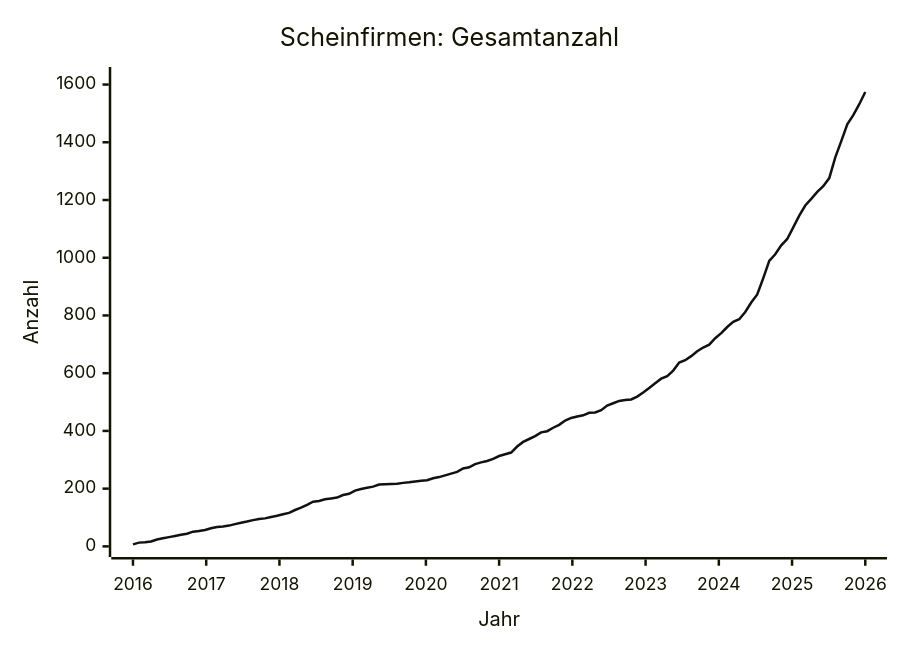
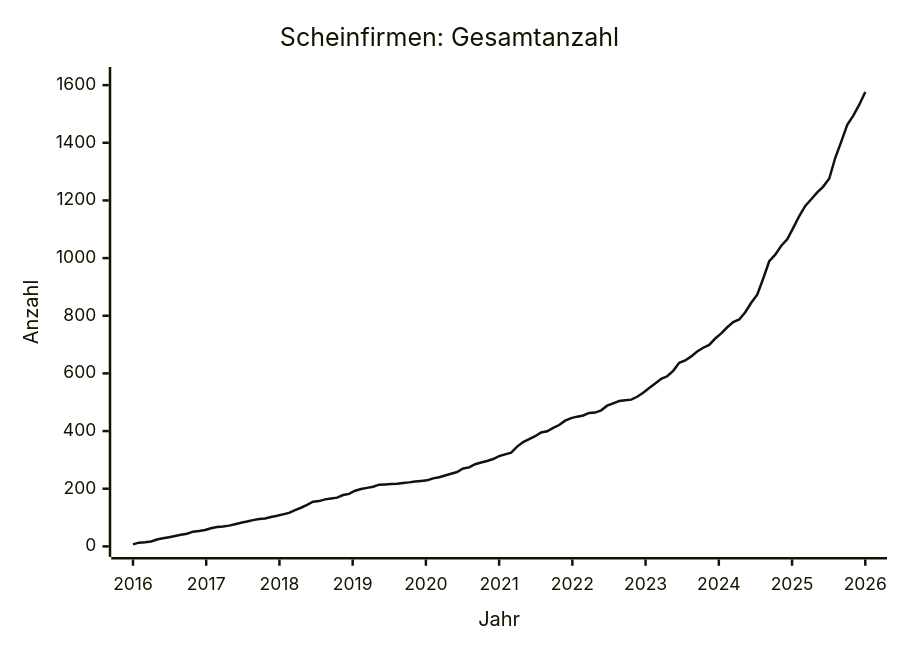
One commit to arjoma/scheinfirmen-at changed the diagram in data/STATS.md. Above: the diagram before and after it, drawn with Mermaid. The commit also changed other lines of this file and 3 other files, not shown here.

````diff
--- a/data/STATS.md
+++ b/data/STATS.md
@@ -9,13 +9,13 @@
 ```mermaid
 ---
 config:
   themeVariables:
     xyChart:
       plotColorPalette: "#111111"
 ---
 xychart-beta
     title "Scheinfirmen: Gesamtanzahl"
     x-axis "Jahr" 2016 --> 2026
-    y-axis "Anzahl" 0 --> 1624
-    line [7, 13, 14, 17, 24, 28, 32, 36, 40, 44, 51, 53, 57, 63, 67, 69, 72, 77, 82, 86, 91, 95, 97, 102, 106, 111, 116, 126, 134, 144, 155, 157, 163, 166, 169, 178, 182, 193, 199, 203, 207, 214, 215, 216, 217, 220, 222, 225, 227, 229, 236, 240, 246, 252, 258, 270, 274, 285, 291, 296, 303, 313, 319, 325, 346, 362, 372, 382, 395, 399, 411, 421, 436, 445, 450, 454, 463, 464, 472, 488, 496, 504, 507, 509, 519, 533, 549, 565, 581, 590, 609, 637, 645, 659, 676, 689, 699, 721, 739, 760, 778, 787, 812, 845, 873, 929, 989, 1012, 1043, 1065, 1105, 1146, 1181, 1204, 1228, 1248, 1276, 1348, 1404, 1462, 1494, 1532, 1574]
+    y-axis "Anzahl" 0 --> 1626
+    line [7, 13, 14, 17, 24, 28, 32, 36, 40, 44, 51, 53, 57, 63, 67, 69, 72, 77, 82, 86, 91, 95, 97, 102, 106, 111, 116, 126, 134, 144, 155, 157, 163, 166, 169, 178, 182, 193, 199, 203, 207, 214, 215, 216, 217, 220, 222, 225, 227, 229, 236, 240, 246, 252, 258, 270, 274, 285, 291, 296, 303, 313, 319, 325, 346, 362, 372, 382, 395, 399, 411, 421, 436, 445, 450, 454, 463, 464, 472, 488, 496, 504, 507, 509, 519, 533, 549, 565, 581, 590, 609, 637, 645, 659, 676, 689, 699, 721, 739, 760, 778, 787, 812, 845, 873, 929, 989, 1012, 1043, 1065, 1105, 1146, 1181, 1204, 1228, 1248, 1276, 1348, 1404, 1462, 1494, 1532, 1576]
 ```
````
